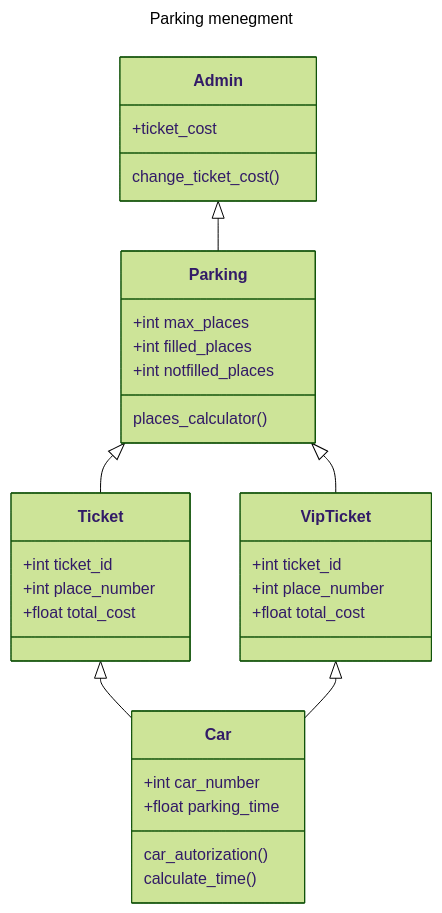
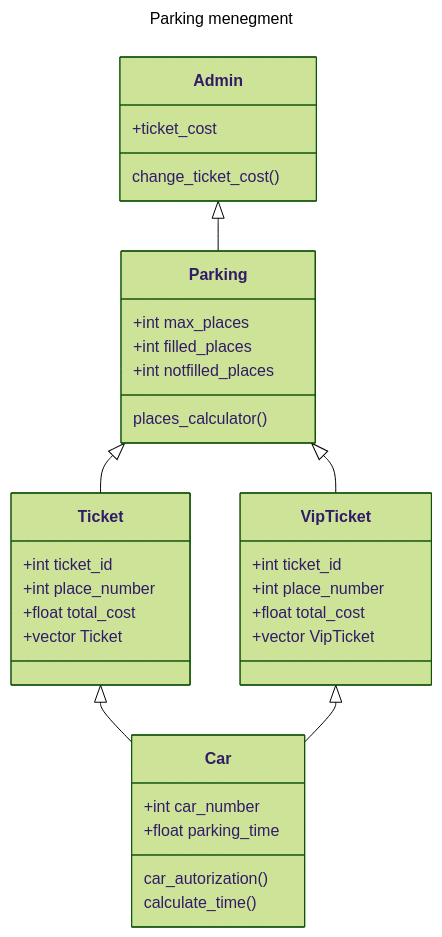
The diagram in diagram.md (alanarzumanjan/Parking), drawn with Mermaid (forest theme) before and after one commit. The commit also changed 1 other file, not shown here.

````diff
--- a/diagram.md
+++ b/diagram.md
@@ -1,38 +1,41 @@
 ```mermaid
 --- 
 title: Parking menegment
 ---
 classDiagram
     class Car
     Car : +int car_number
     Car : +float parking_time
     Car : car_autorization()
     Car : calculate_time()
 
     class Parking
     Parking : +int max_places
     Parking : +int filled_places
     Parking : +int notfilled_places
     Parking : places_calculator()
 
     class Ticket
     Ticket : +int ticket_id
     Ticket : +int place_number
     Ticket : +float total_cost
+    Ticket : +vector Ticket
     
     class VipTicket
     VipTicket : +int ticket_id
     VipTicket : +int place_number
     VipTicket : +float total_cost
-    
+    VipTicket : +vector VipTicket
+
     class Admin
     Admin : +ticket_cost
     Admin : change_ticket_cost()
+    
 
     Ticket <|-- Car
     VipTicket <|-- Car
     Parking <|-- Ticket
     Parking <|-- VipTicket
     Admin <|-- Parking
     
 ```
````
